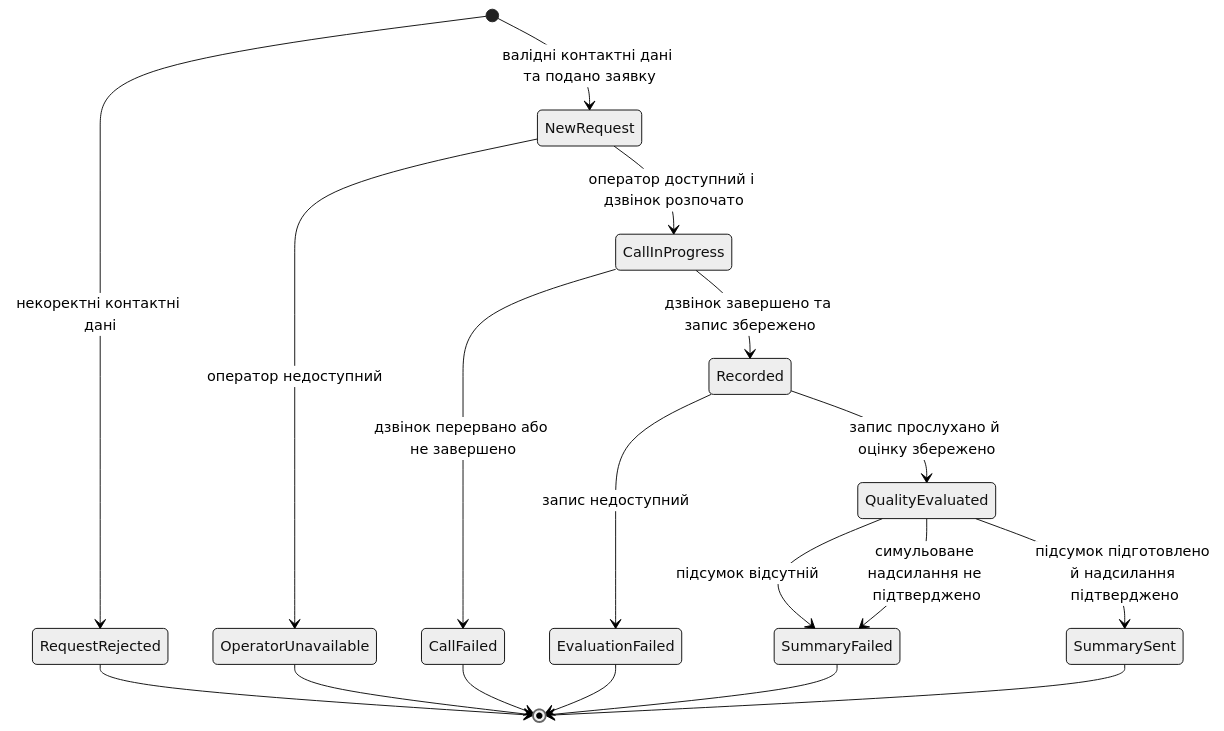
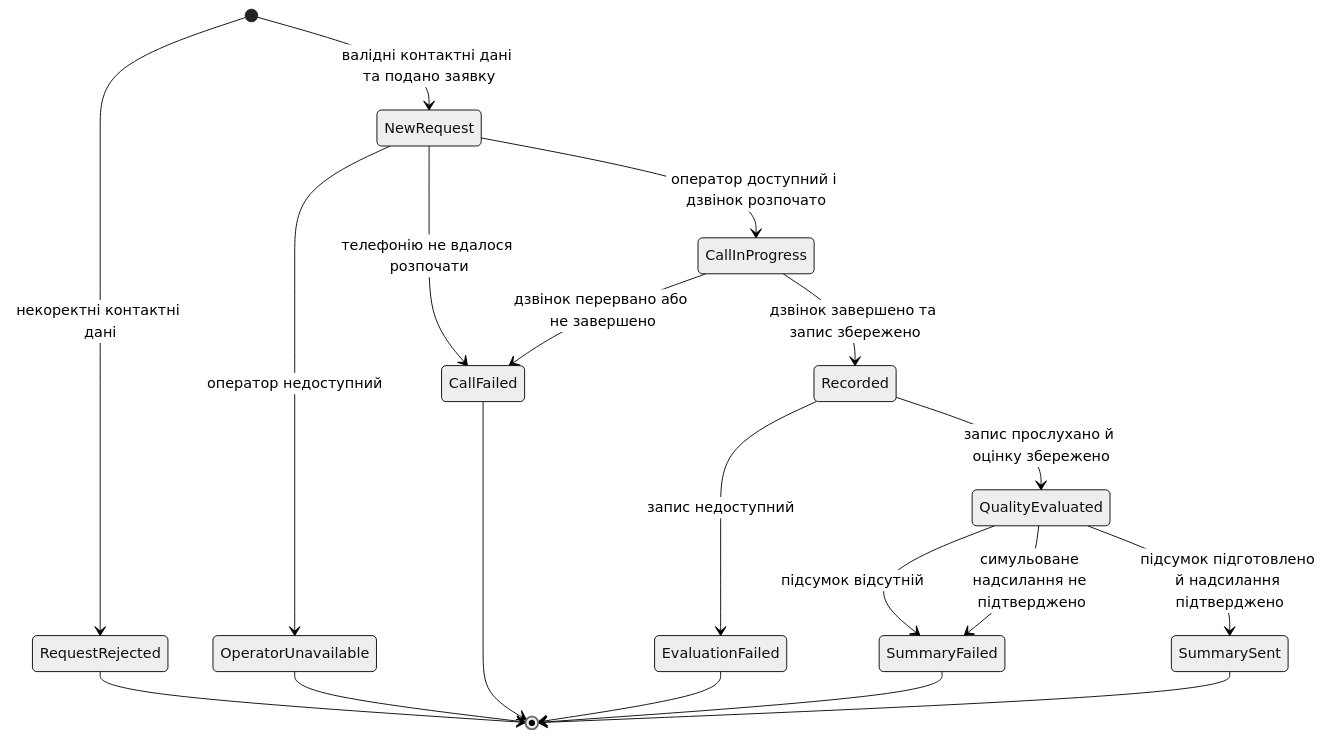
Before and after one commit to olenapolishchuk07/callcenter: the diagram in docs/state.mmd, drawn with Mermaid (neutral theme). The commit also changed 22 other files, not shown here.

```diff
--- a/docs/state.mmd
+++ b/docs/state.mmd
@@ -1,23 +1,24 @@
 stateDiagram-v2
     [*] --> NewRequest : валідні контактні дані та подано заявку
     [*] --> RequestRejected : некоректні контактні дані
 
     NewRequest --> OperatorUnavailable : оператор недоступний
+    NewRequest --> CallFailed : телефонію не вдалося розпочати
     NewRequest --> CallInProgress : оператор доступний і дзвінок розпочато
 
     CallInProgress --> CallFailed : дзвінок перервано або не завершено
     CallInProgress --> Recorded : дзвінок завершено та запис збережено
 
     Recorded --> EvaluationFailed : запис недоступний
     Recorded --> QualityEvaluated : запис прослухано й оцінку збережено
 
     QualityEvaluated --> SummaryFailed : підсумок відсутній
     QualityEvaluated --> SummaryFailed : симульоване надсилання не підтверджено
     QualityEvaluated --> SummarySent : підсумок підготовлено й надсилання підтверджено
 
     RequestRejected --> [*]
     OperatorUnavailable --> [*]
     CallFailed --> [*]
     EvaluationFailed --> [*]
     SummaryFailed --> [*]
     SummarySent --> [*]
```
